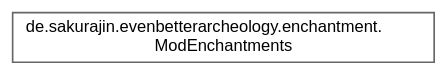
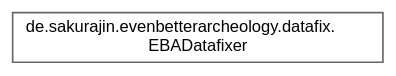
One commit to noah1510/EvenBetterArcheology changed the diagram in inherit_graph_19.dot. Above: the diagram before and after it, drawn with Graphviz. The commit also changed 335 other files, not shown here.

```diff
--- a/inherit_graph_19.dot
+++ b/inherit_graph_19.dot
@@ -1,9 +1,9 @@
 digraph "Graphical Class Hierarchy"
 {
  // LATEX_PDF_SIZE
   bgcolor="transparent";
   edge [fontname=Helvetica,fontsize=10,labelfontname=Helvetica,labelfontsize=10];
   node [fontname=Helvetica,fontsize=10,shape=box,height=0.2,width=0.4];
   rankdir="LR";
-  Node0 [label="de.sakurajin.evenbetterarcheology.enchantment.\lModEnchantments",height=0.2,width=0.4,color="grey40", fillcolor="white", style="filled",URL="$classde_1_1sakurajin_1_1evenbetterarcheology_1_1enchantment_1_1ModEnchantments.html",tooltip=" "];
+  Node0 [label="de.sakurajin.evenbetterarcheology.datafix.\lEBADatafixer",height=0.2,width=0.4,color="grey40", fillcolor="white", style="filled",URL="$classde_1_1sakurajin_1_1evenbetterarcheology_1_1datafix_1_1EBADatafixer.html",tooltip=" "];
 }
```
